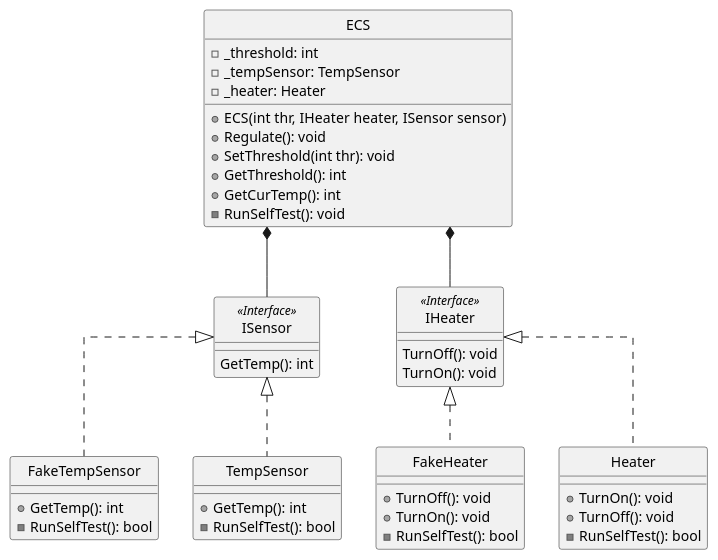
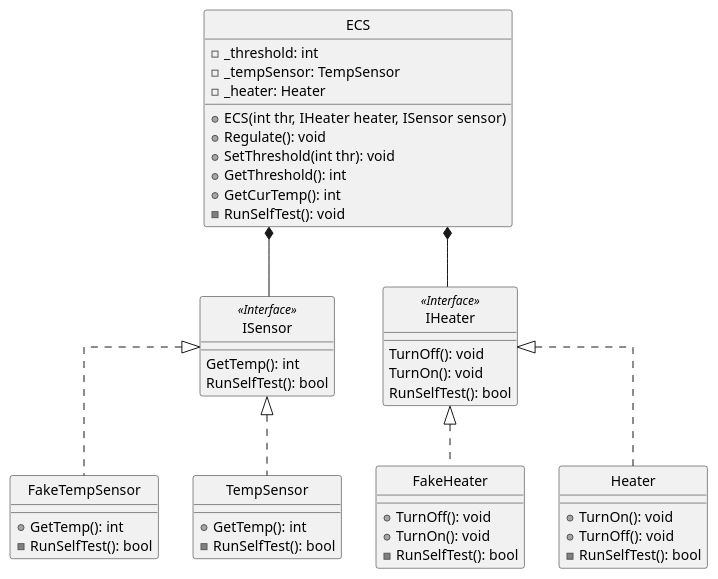
Before and after one commit to mikkel-ol/I4SWT-Calculator: the diagram in ECS/documentation/ECS_Class_Diagram_refactored.plantuml, drawn with PlantUML. The commit also changed 2 other files, not shown here.

Commit message:
Add test fakes

```diff
--- a/ECS/documentation/ECS_Class_Diagram_refactored.plantuml
+++ b/ECS/documentation/ECS_Class_Diagram_refactored.plantuml
@@ -1,69 +1,71 @@
 @startuml
 skinparam monochrome true
 skinparam linetype ortho
 hide circle
 /'hide <<Boundary>> circle
 hide <<Controller>> circle    
 hide <<Domain>> circle'/
 
 /' i sekvensdiagrammer, brug defines til at skrive
  lange navne '/
 
 class ISensor <<Interface>>
 {
     GetTemp(): int
+    RunSelfTest(): bool
 }
 
 class IHeater <<Interface>>
 {
     TurnOff(): void
     TurnOn(): void
+    RunSelfTest(): bool
 }
 
 class FakeTempSensor
 {
     + GetTemp(): int
     - RunSelfTest(): bool
 }
 
 class FakeHeater
 {
     + TurnOff(): void
     + TurnOn(): void
     - RunSelfTest(): bool
 }
 
 class TempSensor
 {
     + GetTemp(): int
     - RunSelfTest(): bool
 }
 
 class Heater
 {
     + TurnOn(): void
     + TurnOff(): void
     - RunSelfTest(): bool
 }
 
 class ECS
 {
     - _threshold: int
     - _tempSensor: TempSensor
     - _heater: Heater
     + ECS(int thr, IHeater heater, ISensor sensor)
     + Regulate(): void
     + SetThreshold(int thr): void
     + GetThreshold(): int
     + GetCurTemp(): int
     - RunSelfTest(): void
 }
 
 ECS *-- IHeater
 ECS *-- ISensor
 IHeater <|.. Heater
 IHeater <|.. FakeHeater
 ISensor <|.. TempSensor
 ISensor <|.. FakeTempSensor
 
 @enduml
```
